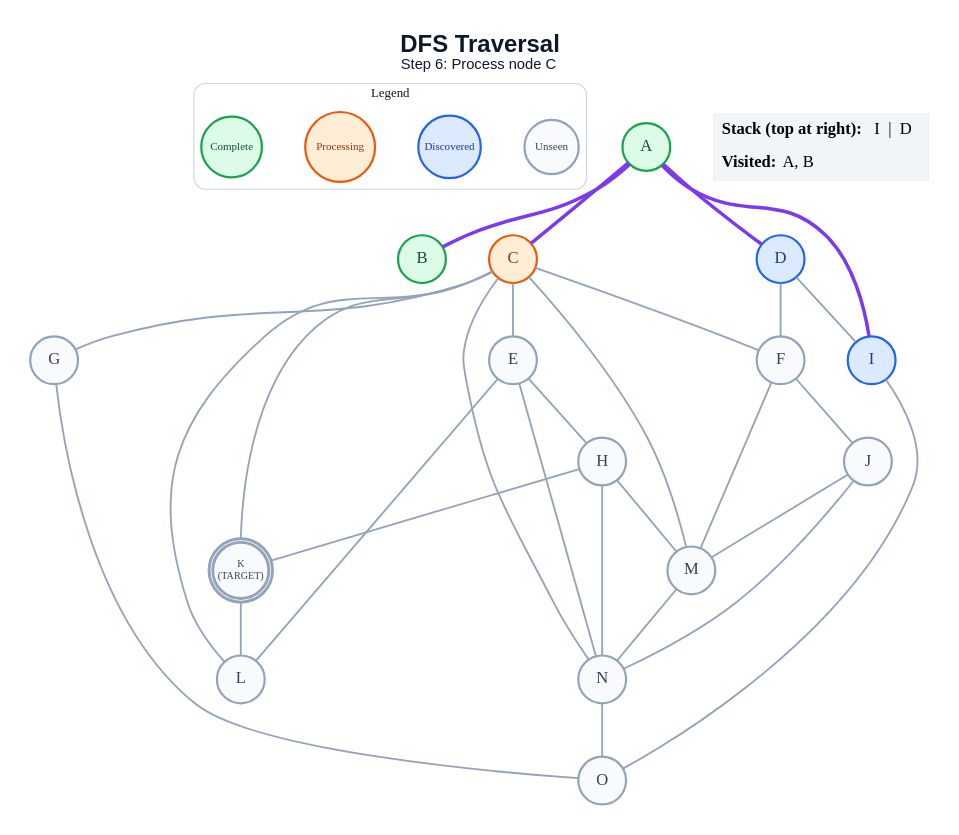
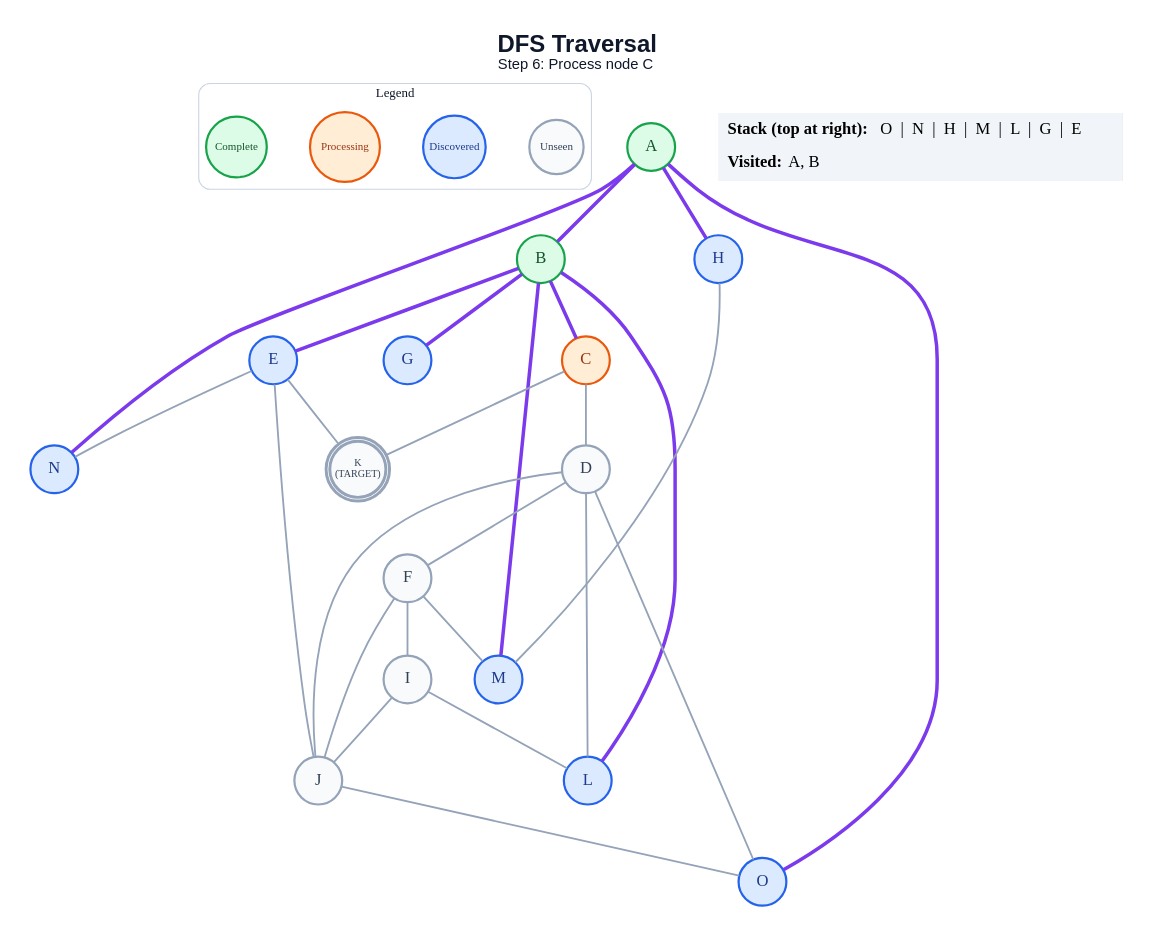
Before and after one commit to anon7238593-create/ai-slop: the diagram in generated/short-circuit/dfs/step_06.dot, drawn with Graphviz. The commit also changed 248 other files, not shown here.

```diff
--- a/generated/short-circuit/dfs/step_06.dot
+++ b/generated/short-circuit/dfs/step_06.dot
@@ -1,62 +1,59 @@
 graph traversal {
   graph [layout=dot, rankdir=TB, bgcolor="#FFFFFF", pad="0.35", nodesep="0.65", ranksep="0.8", fontname="Arial"];
   node [shape=circle, style="filled", fontname="Arial Bold", fontsize=18, width=0.72, fixedsize=true, penwidth=2.4];
   edge [color="#94A3B8", penwidth=2.0];
   label=<<B>DFS Traversal</B><BR/><FONT POINT-SIZE="16">Step 6: Process node C</FONT>>; labelloc="t"; fontsize=26; fontname="Arial"; fontcolor="#0F172A";
   subgraph cluster_legend { label="Legend"; color="#CBD5E1"; penwidth=1.2; style="rounded"; fontsize=14; fontname="Arial Bold";
     key_unseen [label="Unseen", fillcolor="#F8FAFC", color="#94A3B8", fontcolor="#334155", fontsize=12, width=0.82];
     key_frontier [label="Discovered", fillcolor="#DBEAFE", color="#2563EB", fontcolor="#1E3A8A", fontsize=12, width=0.95];
     key_current [label="Processing", fillcolor="#FFEDD5", color="#EA580C", fontcolor="#9A3412", fontsize=12, width=1.05];
     key_done [label="Complete", fillcolor="#DCFCE7", color="#16A34A", fontcolor="#14532D", fontsize=12, width=0.92];
     { rank=same; key_unseen; key_frontier; key_current; key_done; }
   }
   A [label="A", fillcolor="#DCFCE7", color="#16A34A", fontcolor="#14532D", peripheries=1, penwidth=2.4];
   B [label="B", fillcolor="#DCFCE7", color="#16A34A", fontcolor="#14532D", peripheries=1, penwidth=2.4];
   C [label="C", fillcolor="#FFEDD5", color="#EA580C", fontcolor="#9A3412", peripheries=1, penwidth=2.4];
-  D [label="D", fillcolor="#DBEAFE", color="#2563EB", fontcolor="#1E3A8A", peripheries=1, penwidth=2.4];
-  E [label="E", fillcolor="#F8FAFC", color="#94A3B8", fontcolor="#334155", peripheries=1, penwidth=2.4];
+  D [label="D", fillcolor="#F8FAFC", color="#94A3B8", fontcolor="#334155", peripheries=1, penwidth=2.4];
+  E [label="E", fillcolor="#DBEAFE", color="#2563EB", fontcolor="#1E3A8A", peripheries=1, penwidth=2.4];
   F [label="F", fillcolor="#F8FAFC", color="#94A3B8", fontcolor="#334155", peripheries=1, penwidth=2.4];
-  G [label="G", fillcolor="#F8FAFC", color="#94A3B8", fontcolor="#334155", peripheries=1, penwidth=2.4];
-  H [label="H", fillcolor="#F8FAFC", color="#94A3B8", fontcolor="#334155", peripheries=1, penwidth=2.4];
-  I [label="I", fillcolor="#DBEAFE", color="#2563EB", fontcolor="#1E3A8A", peripheries=1, penwidth=2.4];
+  G [label="G", fillcolor="#DBEAFE", color="#2563EB", fontcolor="#1E3A8A", peripheries=1, penwidth=2.4];
+  H [label="H", fillcolor="#DBEAFE", color="#2563EB", fontcolor="#1E3A8A", peripheries=1, penwidth=2.4];
+  I [label="I", fillcolor="#F8FAFC", color="#94A3B8", fontcolor="#334155", peripheries=1, penwidth=2.4];
   J [label="J", fillcolor="#F8FAFC", color="#94A3B8", fontcolor="#334155", peripheries=1, penwidth=2.4];
   K [label="K\n(TARGET)", fillcolor="#F8FAFC", color="#94A3B8", fontcolor="#334155", peripheries=2, penwidth=3.2, fontsize=11, width=0.85, height=0.85];
-  L [label="L", fillcolor="#F8FAFC", color="#94A3B8", fontcolor="#334155", peripheries=1, penwidth=2.4];
-  M [label="M", fillcolor="#F8FAFC", color="#94A3B8", fontcolor="#334155", peripheries=1, penwidth=2.4];
-  N [label="N", fillcolor="#F8FAFC", color="#94A3B8", fontcolor="#334155", peripheries=1, penwidth=2.4];
-  O [label="O", fillcolor="#F8FAFC", color="#94A3B8", fontcolor="#334155", peripheries=1, penwidth=2.4];
+  L [label="L", fillcolor="#DBEAFE", color="#2563EB", fontcolor="#1E3A8A", peripheries=1, penwidth=2.4];
+  M [label="M", fillcolor="#DBEAFE", color="#2563EB", fontcolor="#1E3A8A", peripheries=1, penwidth=2.4];
+  N [label="N", fillcolor="#DBEAFE", color="#2563EB", fontcolor="#1E3A8A", peripheries=1, penwidth=2.4];
+  O [label="O", fillcolor="#DBEAFE", color="#2563EB", fontcolor="#1E3A8A", peripheries=1, penwidth=2.4];
   A -- B [color="#7C3AED", penwidth=3.8];
-  A -- C [color="#7C3AED", penwidth=3.8];
-  A -- D [color="#7C3AED", penwidth=3.8];
-  A -- I [color="#7C3AED", penwidth=3.8];
-  C -- E;
-  C -- F;
-  C -- G;
+  A -- H [color="#7C3AED", penwidth=3.8];
+  A -- N [color="#7C3AED", penwidth=3.8];
+  A -- O [color="#7C3AED", penwidth=3.8];
+  B -- C [color="#7C3AED", penwidth=3.8];
+  B -- E [color="#7C3AED", penwidth=3.8];
+  B -- G [color="#7C3AED", penwidth=3.8];
+  B -- L [color="#7C3AED", penwidth=3.8];
+  B -- M [color="#7C3AED", penwidth=3.8];
+  C -- D;
   C -- K;
-  C -- L;
-  C -- M;
-  C -- N;
   D -- F;
-  D -- I;
-  E -- H;
-  E -- L;
+  D -- J;
+  D -- L;
+  D -- O;
+  E -- J;
+  E -- K;
   E -- N;
+  F -- I;
   F -- J;
   F -- M;
-  G -- O;
-  H -- K;
   H -- M;
-  H -- N;
-  I -- O;
-  J -- M;
-  J -- N;
-  K -- L;
-  M -- N;
-  N -- O;
+  I -- J;
+  I -- L;
+  J -- O;
   status [shape=plain, fixedsize=false, width=0, height=0, margin=0, label=<
     <TABLE BORDER="0" CELLBORDER="0" CELLPADDING="7" BGCOLOR="#F1F5F9">
-      <TR><TD ALIGN="LEFT"><B>Stack (top at right):</B> I  |  D</TD></TR>
+      <TR><TD ALIGN="LEFT"><B>Stack (top at right):</B> O  |  N  |  H  |  M  |  L  |  G  |  E</TD></TR>
       <TR><TD ALIGN="LEFT"><B>Visited:</B> A, B</TD></TR>
     </TABLE>
   >];
 }
```
